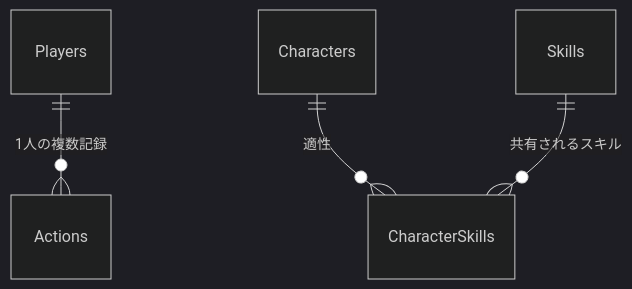
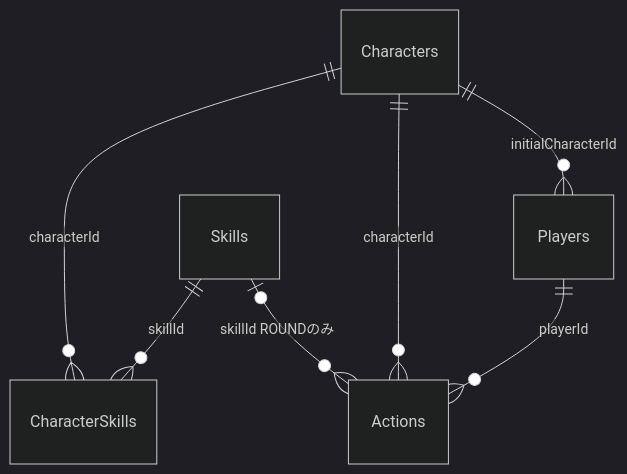
One commit to kurosawa-kuro/skill-janken changed the diagram in docs/05_data_model.md. Above: the diagram before and after it, drawn with Mermaid (dark theme). The commit also changed other lines of this file and 31 other files, not shown here.

````diff
--- a/docs/05_data_model.md
+++ b/docs/05_data_model.md
@@ -95,6 +66,9 @@
 ```mermaid
 erDiagram
-    Players ||--o{ Actions : "1人の複数記録"
-    Characters ||--o{ CharacterSkills : "適性"
-    Skills ||--o{ CharacterSkills : "共有されるスキル"
+    Characters ||--o{ Players : initialCharacterId
+    Players ||--o{ Actions : playerId
+    Characters ||--o{ Actions : characterId
+    Skills o|--o{ Actions : "skillId ROUNDのみ"
+    Characters ||--o{ CharacterSkills : characterId
+    Skills ||--o{ CharacterSkills : skillId
 ```
````
